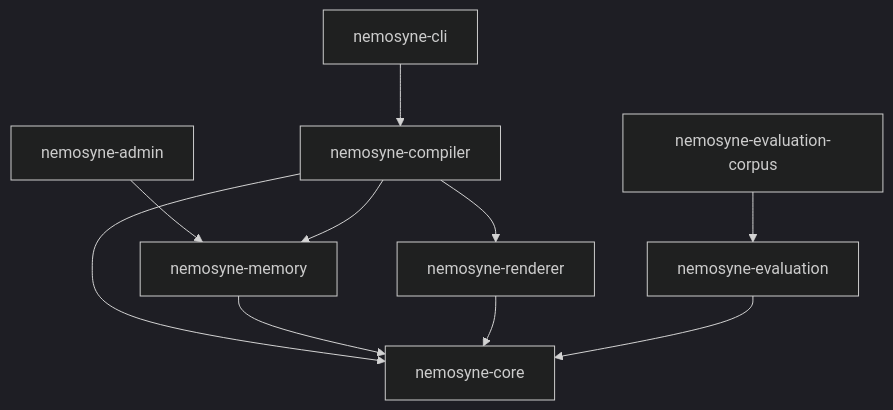
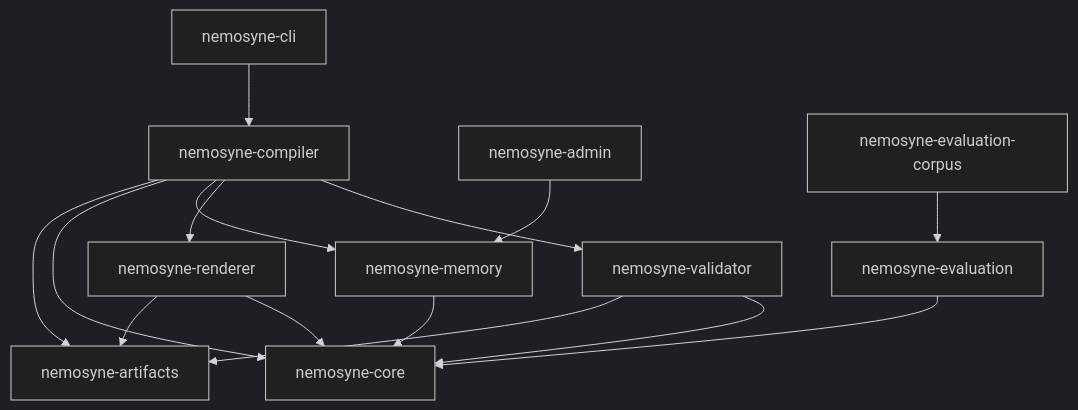
Before and after one commit to Lamentis-operating-systems/nemosyne: the fourth of 8 diagrams in docs/specifications/v1-reference-architecture.md, drawn with Mermaid (dark theme). The commit also changed other lines of this file and 8 other files, not shown here.

Commit message:
Complete the V1 architecture and delivery program

````diff
--- a/docs/specifications/v1-reference-architecture.md
+++ b/docs/specifications/v1-reference-architecture.md
@@ -1214,12 +1555,17 @@
 ```mermaid
 flowchart TD
     CLI["nemosyne-cli"] --> COMP["nemosyne-compiler"]
     ADMIN["nemosyne-admin"] --> MEM["nemosyne-memory"]
+    COMP --> ART["nemosyne-artifacts"]
     COMP --> CORE["nemosyne-core"]
     COMP --> MEM
     COMP --> REN["nemosyne-renderer"]
+    COMP --> VAL["nemosyne-validator"]
+    REN --> ART
+    VAL --> ART
     MEM --> CORE
     REN --> CORE
+    VAL --> CORE
     EVAL["nemosyne-evaluation"] --> CORE
     CORPUS["nemosyne-evaluation-corpus"] --> EVAL
 ```
````
